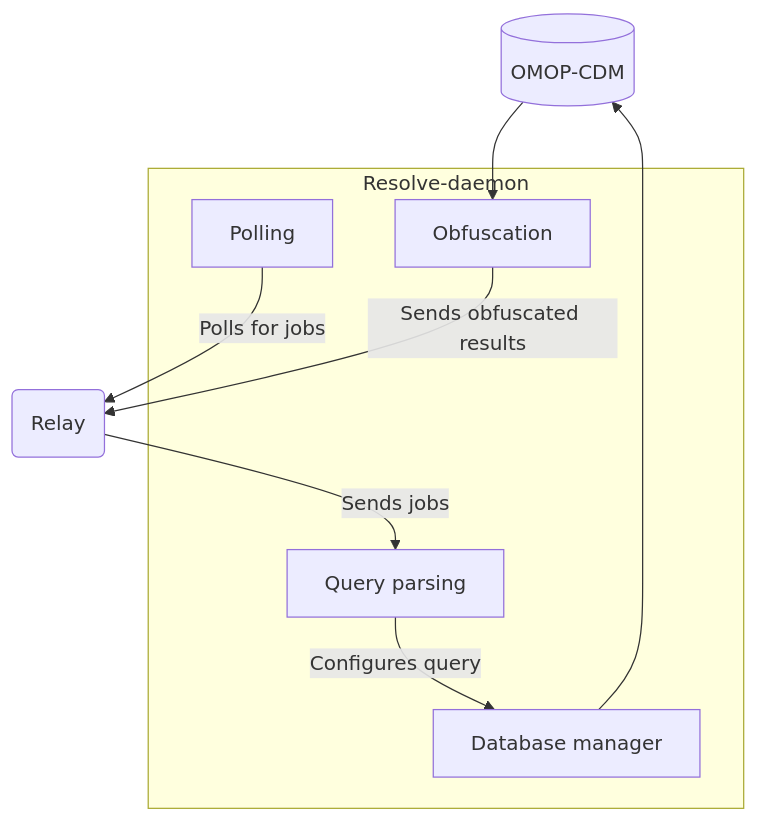
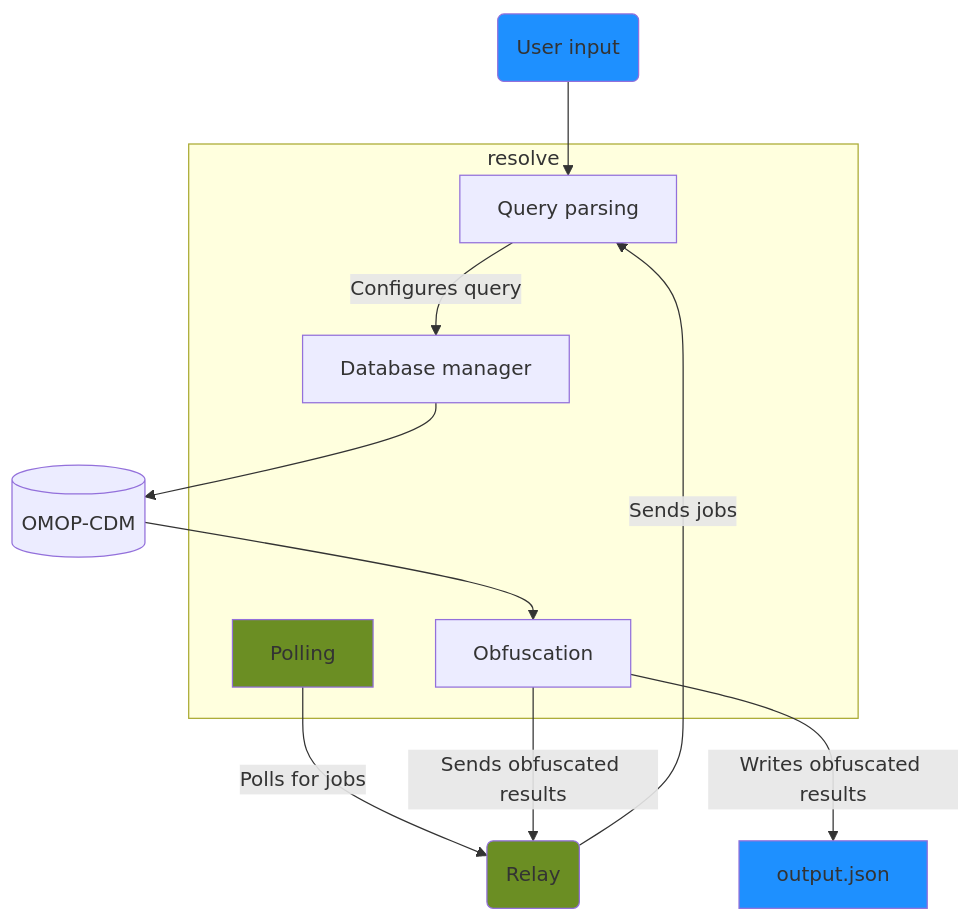
One commit to Health-Informatics-UoN/hutch changed the diagram in website/pages/resolve/dev-setup.mdx. Above: the diagram before and after it, drawn with Mermaid. The commit also changed other lines of this file, not shown here.

````diff
--- a/website/pages/resolve/dev-setup.mdx
+++ b/website/pages/resolve/dev-setup.mdx
@@ -24,17 +25,27 @@
 ```mermaid
 graph TD;
+  input(User input);
   db[(OMOP-CDM)];
   relay(Relay);
-  subgraph resolve [Resolve-daemon];
+  subgraph resolve [resolve];
     dbmanager[Database manager];
     polling[Polling];
     obfuscation[Obfuscation];
     parser[Query parsing];
   end;
+  input --> parser
   dbmanager --> db;
   parser -- Configures query --> dbmanager;
   polling -- Polls for jobs --> relay;
   relay -- Sends jobs --> parser;
   db --> obfuscation;
   obfuscation -- Sends obfuscated results --> relay;
+  obfuscation -- Writes obfuscated results --> output[output.json]
+
+
+classDef cli fill: dodgerblue;
+class input,output cli;
+
+classDef daemon fill: olivedrab;
+class relay,polling daemon;
 ```
````
